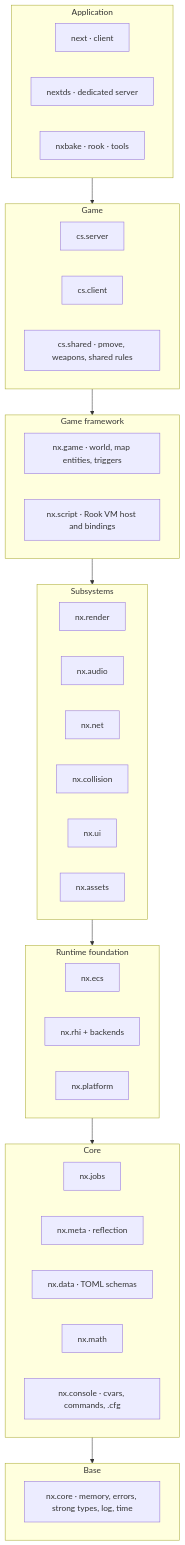
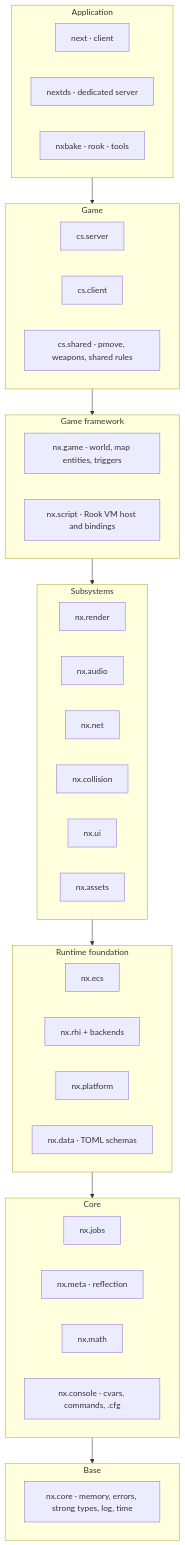
One commit to BRUN0R2/modern-client.v2 changed the first of 4 diagrams in docs/01-architecture.md. Above: the diagram before and after it, drawn with Mermaid. The commit also changed other lines of this file and 15 other files, not shown here.

````diff
--- a/docs/01-architecture.md
+++ b/docs/01-architecture.md
@@ -9,41 +9,41 @@
 ```mermaid
 flowchart TB
     subgraph L6[Application]
         APP_C[next · client]
         APP_S[nextds · dedicated server]
         TOOLS[nxbake · rook · tools]
     end
     subgraph L5[Game]
         CS_SV[cs.server]
         CS_CL[cs.client]
         CS_SH[cs.shared · pmove, weapons, shared rules]
     end
     subgraph L4[Game framework]
         GAME[nx.game · world, map entities, triggers]
         SCRIPT[nx.script · Rook VM host and bindings]
     end
     subgraph L3[Subsystems]
         RENDER[nx.render]
         AUDIO[nx.audio]
         NET[nx.net]
         COLL[nx.collision]
         UI[nx.ui]
         ASSETS[nx.assets]
     end
     subgraph L2[Runtime foundation]
         ECS[nx.ecs]
         RHI[nx.rhi + backends]
         PLAT[nx.platform]
+        DATA[nx.data · TOML schemas]
     end
     subgraph L1[Core]
         JOBS[nx.jobs]
         META[nx.meta · reflection]
-        DATA[nx.data · TOML schemas]
         MATH[nx.math]
         CONSOLE[nx.console · cvars, commands, .cfg]
     end
     subgraph L0[Base]
         CORE[nx.core · memory, errors, strong types, log, time]
     end
     L6 --> L5 --> L4 --> L3 --> L2 --> L1 --> L0
 ```
````
